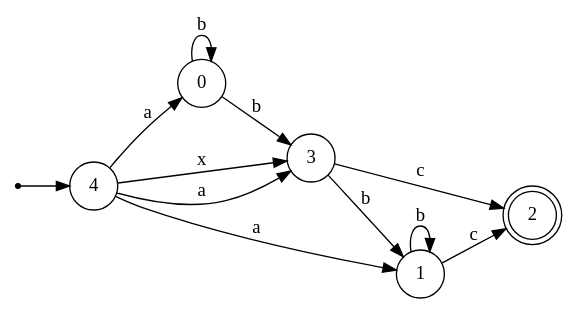
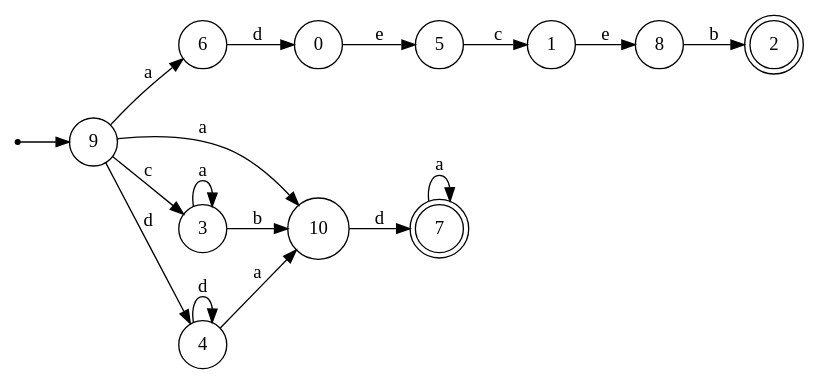
Before and after one commit to LeonardoDeFaveri/NFA-minimization: the diagram in minimized/right.gv, drawn with Graphviz. The commit also changed 12 other files, not shown here.

```diff
--- a/minimized/right.gv
+++ b/minimized/right.gv
@@ -1,21 +1,32 @@
 digraph {
 	rankdir = LR;
 	size = "30,20";
 	node [shape = point]; "dummy0"
-	node [shape = circle]; "4"
-	"dummy0" -> "4";
+	node [shape = circle]; "9"
+	"dummy0" -> "9";
+	node [shape = doublecircle]; "7";
+	node [shape = circle]; "8";
+	node [shape = circle]; "6";
+	node [shape = circle]; "0";
+	node [shape = circle]; "10";
+	node [shape = circle]; "1";
+	node [shape = circle]; "5";
+	node [shape = doublecircle]; "2";
 	node [shape = circle]; "3";
-	node [shape = circle]; "1";
-	node [shape = circle]; "0";
-	node [shape = doublecircle]; "2";
-	"0" -> "0" [label = "b"];
-	"0" -> "3" [label = "b"];
-	"4" -> "3" [label = "x"];
-	"4" -> "3" [label = "a"];
-	"4" -> "0" [label = "a"];
-	"4" -> "1" [label = "a"];
-	"3" -> "1" [label = "b"];
-	"3" -> "2" [label = "c"];
-	"1" -> "1" [label = "b"];
-	"1" -> "2" [label = "c"];
+	node [shape = circle]; "4";
+	"7" -> "7" [label = "a"];
+	"9" -> "6" [label = "a"];
+	"9" -> "10" [label = "a"];
+	"9" -> "3" [label = "c"];
+	"9" -> "4" [label = "d"];
+	"3" -> "3" [label = "a"];
+	"3" -> "10" [label = "b"];
+	"10" -> "7" [label = "d"];
+	"4" -> "4" [label = "d"];
+	"4" -> "10" [label = "a"];
+	"5" -> "1" [label = "c"];
+	"6" -> "0" [label = "d"];
+	"8" -> "2" [label = "b"];
+	"0" -> "5" [label = "e"];
+	"1" -> "8" [label = "e"];
 }
```
